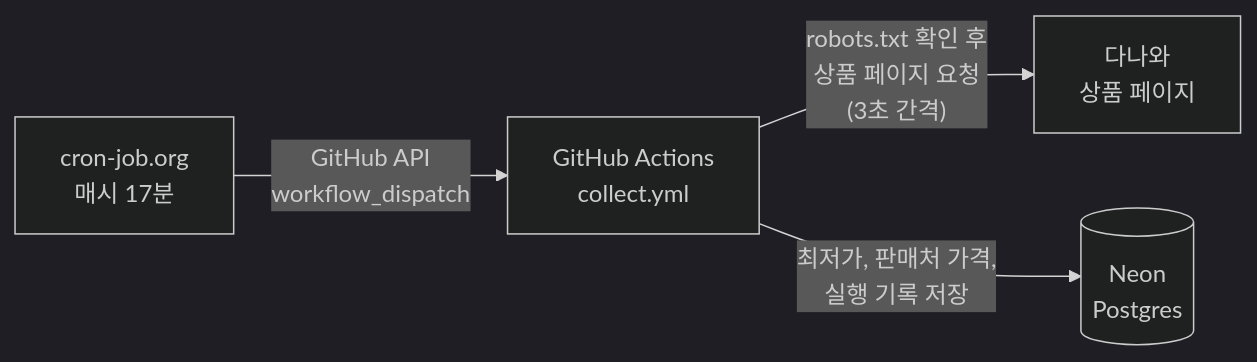
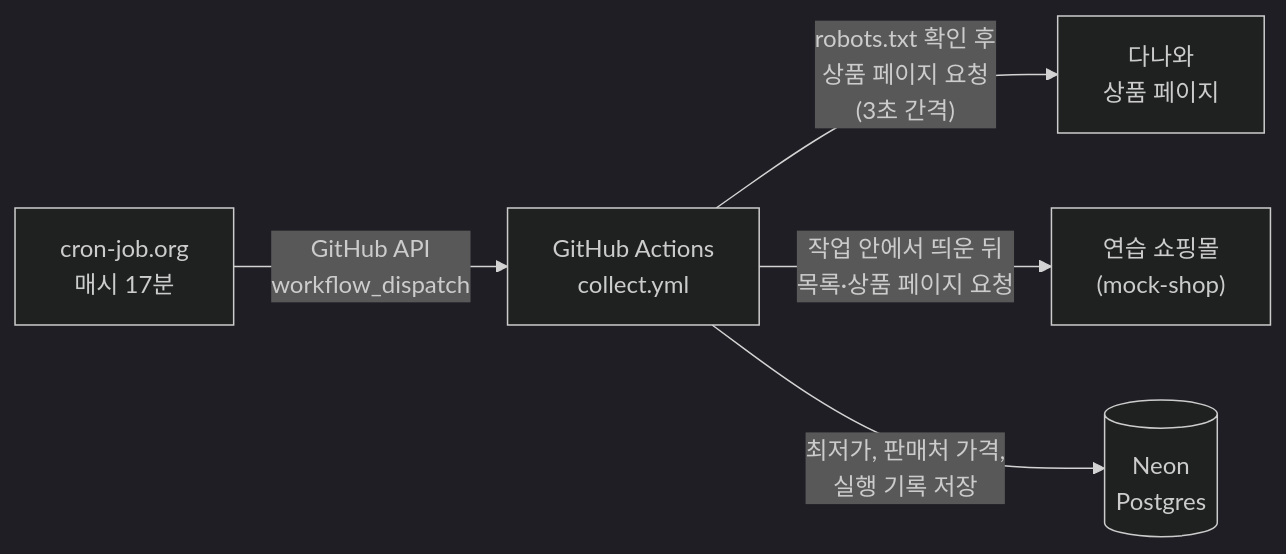
One commit to skrudwns/FlowDeck changed the diagram in README.md. Above: the diagram before and after it, drawn with Mermaid (dark theme). The commit also changed other lines of this file and 1 other file, not shown here.

First line of the commit message:
docs: README에 연습 쇼핑몰 수집 반영

````diff
--- a/README.md
+++ b/README.md
@@ -29,6 +29,7 @@
 ```mermaid
 flowchart LR
     cron["cron-job.org<br/>매시 17분"] -->|"GitHub API<br/>workflow_dispatch"| gha["GitHub Actions<br/>collect.yml"]
     gha -->|"robots.txt 확인 후<br/>상품 페이지 요청<br/>(3초 간격)"| danawa["다나와<br/>상품 페이지"]
+    gha -->|"작업 안에서 띄운 뒤<br/>목록·상품 페이지 요청"| shop["연습 쇼핑몰<br/>(mock-shop)"]
     gha -->|"최저가, 판매처 가격,<br/>실행 기록 저장"| neon[("Neon<br/>Postgres")]
 ```
````
